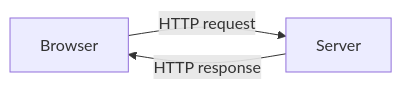
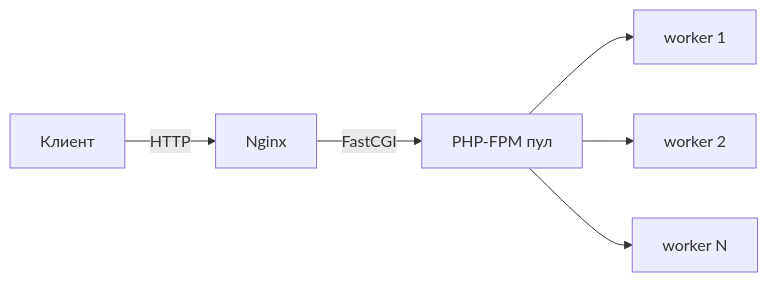
The diagram in block-1/lesson-1/lesson.md (wocki-wockitech/test-course), drawn with Mermaid before and after one commit. The commit also changed other lines of this file and 158 other files, not shown here.

````diff
--- a/block-1/lesson-1/lesson.md
+++ b/block-1/lesson-1/lesson.md
@@ -47,5 +51,8 @@
 ```mermaid
 graph LR
-    A[Browser] -->|HTTP request| B[Server]
-    B -->|HTTP response| A
+    C[Клиент] -->|HTTP| N[Nginx]
+    N -->|FastCGI| F[PHP-FPM пул]
+    F --> W1[worker 1]
+    F --> W2[worker 2]
+    F --> W3[worker N]
 ```
````
